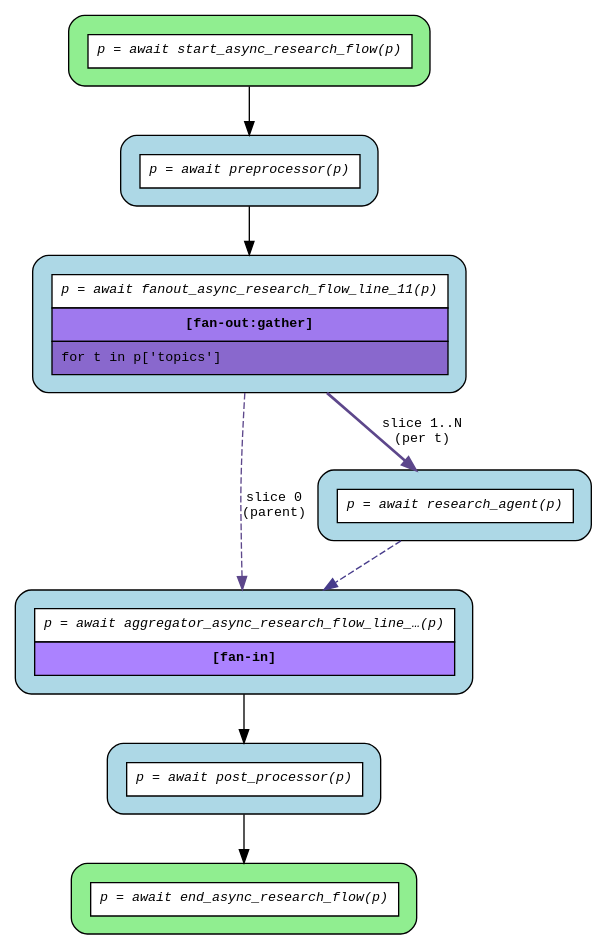
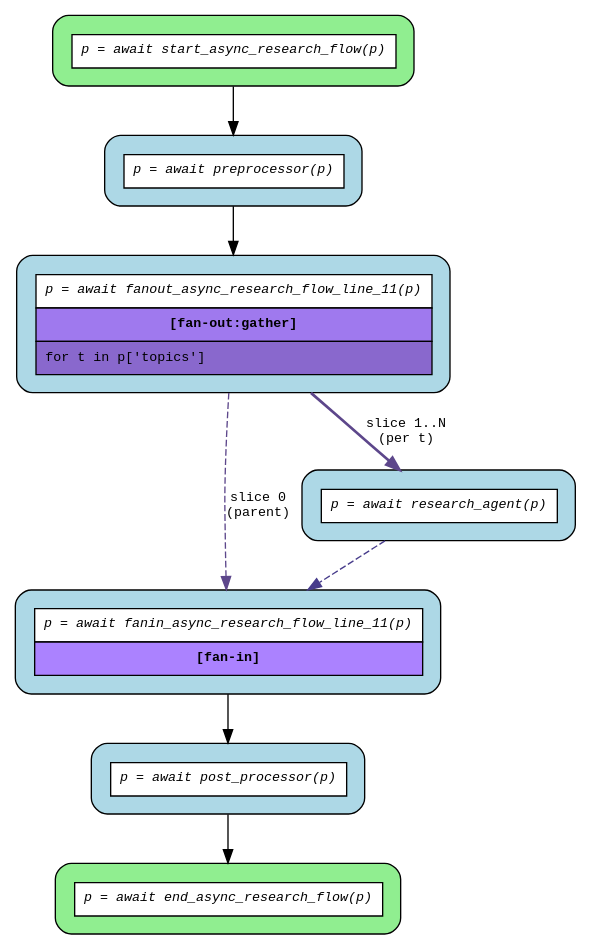
The diagram in examples/flows/compiled/fanout_gather/flow.dot (deliveryhero/asya), drawn with Graphviz before and after one commit. The commit also changed 19 other files, not shown here.

First line of the commit message:
Rename fan-out generated actor from aggregator to fanin

```diff
--- a/examples/flows/compiled/fanout_gather/flow.dot
+++ b/examples/flows/compiled/fanout_gather/flow.dot
@@ -1,22 +1,22 @@
 digraph flow {
   rankdir=TB;
   graph [fontname="Courier", fontsize=10];
   node [fontname="Courier", fontsize=10, shape=box, style="filled,rounded", margin="0.2"];
   edge [fontname="Courier", fontsize=10];
 
   start_async_research_flow [fillcolor="lightgreen", label=<<table border="0" cellspacing="0" cellpadding="6" cellborder="1"><tr><td bgcolor="white" align="center"><i>p = await start_async_research_flow(p)</i></td></tr></table>>];
   fanout_async_research_flow_line_11 [fillcolor="lightblue", label=<<table border="0" cellspacing="0" cellpadding="6" cellborder="1"><tr><td bgcolor="white" align="center"><i>p = await fanout_async_research_flow_line_11(p)</i></td></tr><tr><td bgcolor="mediumpurple2" align="center"><b>[fan-out:gather]</b></td></tr><tr><td bgcolor="mediumpurple3" align="left">for t in p['topics']</td></tr></table>>];
   end_async_research_flow [fillcolor="lightgreen", label=<<table border="0" cellspacing="0" cellpadding="6" cellborder="1"><tr><td bgcolor="white" align="center"><i>p = await end_async_research_flow(p)</i></td></tr></table>>];
-  aggregator_async_research_flow_line_11 [fillcolor="lightblue", label=<<table border="0" cellspacing="0" cellpadding="6" cellborder="1"><tr><td bgcolor="white" align="center"><i>p = await aggregator_async_research_flow_line_…(p)</i></td></tr><tr><td bgcolor="mediumpurple1" align="center"><b>[fan-in]</b></td></tr></table>>];
+  fanin_async_research_flow_line_11 [fillcolor="lightblue", label=<<table border="0" cellspacing="0" cellpadding="6" cellborder="1"><tr><td bgcolor="white" align="center"><i>p = await fanin_async_research_flow_line_11(p)</i></td></tr><tr><td bgcolor="mediumpurple1" align="center"><b>[fan-in]</b></td></tr></table>>];
   post_processor [fillcolor="lightblue", label=<<table border="0" cellspacing="0" cellpadding="6" cellborder="1"><tr><td bgcolor="white" align="center"><i>p = await post_processor(p)</i></td></tr></table>>];
   preprocessor [fillcolor="lightblue", label=<<table border="0" cellspacing="0" cellpadding="6" cellborder="1"><tr><td bgcolor="white" align="center"><i>p = await preprocessor(p)</i></td></tr></table>>];
   research_agent [fillcolor="lightblue", label=<<table border="0" cellspacing="0" cellpadding="6" cellborder="1"><tr><td bgcolor="white" align="center"><i>p = await research_agent(p)</i></td></tr></table>>];
 
-  aggregator_async_research_flow_line_11 -> post_processor;
-  fanout_async_research_flow_line_11 -> aggregator_async_research_flow_line_11 [color=mediumpurple4, label="slice 0\n(parent)", style=dashed];
+  fanin_async_research_flow_line_11 -> post_processor;
+  fanout_async_research_flow_line_11 -> fanin_async_research_flow_line_11 [color=mediumpurple4, label="slice 0\n(parent)", style=dashed];
   fanout_async_research_flow_line_11 -> research_agent [color=mediumpurple4, label="slice 1..N\n(per t)", style=bold];
   post_processor -> end_async_research_flow;
   preprocessor -> fanout_async_research_flow_line_11;
-  research_agent -> aggregator_async_research_flow_line_11 [color=slateblue4, style=dashed];
+  research_agent -> fanin_async_research_flow_line_11 [color=slateblue4, style=dashed];
   start_async_research_flow -> preprocessor;
 }
```
